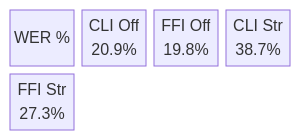
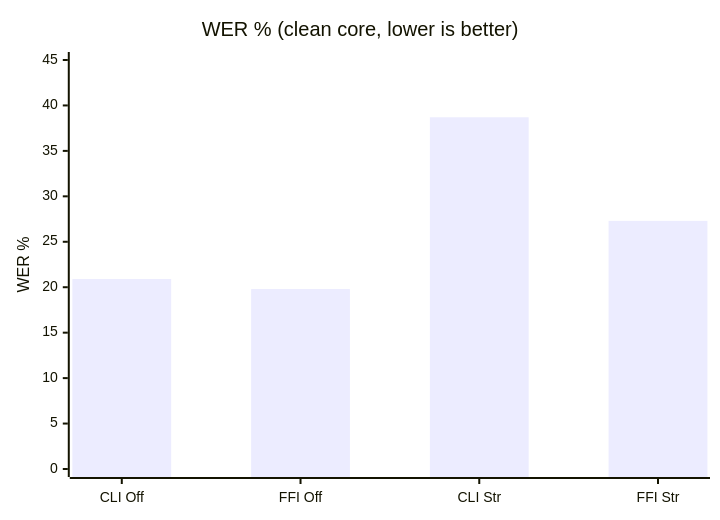
The fourth of 4 diagrams in README.md (khuongngoduc0310/SummarizerApp), drawn with Mermaid before and after one commit.

Commit message:
docs: replace block-beta with xychart-beta bar chart in README

````diff
--- a/README.md
+++ b/README.md
@@ -275,9 +275,7 @@
 ```mermaid
-block-beta
-  columns 4
-  W["WER %"]
-  CB["CLI Off<br/>20.9%"]
-  FB["FFI Off<br/>19.8%"]
-  CS["CLI Str<br/>38.7%"]
-  FS["FFI Str<br/>27.3%"]
+xychart-beta
+  title "WER % (clean core, lower is better)"
+  x-axis ["CLI Off", "FFI Off", "CLI Str", "FFI Str"]
+  y-axis "WER %" 0 --> 45
+  bar [20.9, 19.8, 38.7, 27.3]
 ```
````
